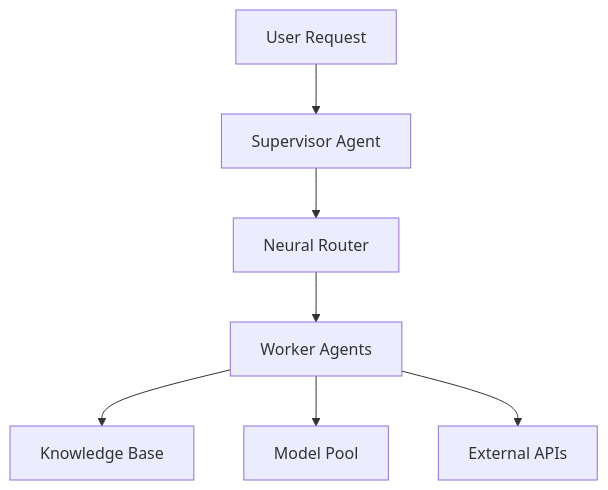
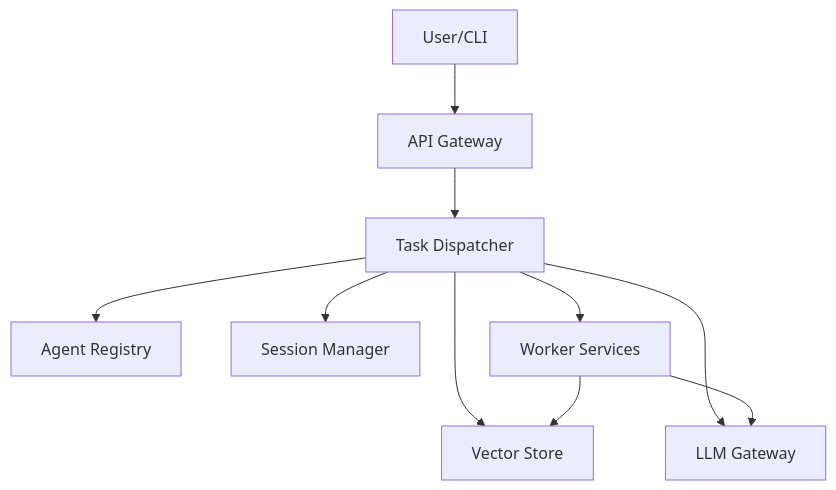
The diagram in docs/architecture/system_architecture.md (Modularium/Agent-NN), drawn with Mermaid before and after one commit. The commit also changed other lines of this file and 27 other files, not shown here.

Commit message:
Update roadmap and docs for MCP architecture

````diff
--- a/docs/architecture/system_architecture.md
+++ b/docs/architecture/system_architecture.md
@@ -18,9 +5,12 @@
 ```mermaid
 graph TD
-    A[User Request] --> B[Supervisor Agent]
-    B --> C[Neural Router]
-    C --> D[Worker Agents]
-    D --> E[Knowledge Base]
-    D --> F[Model Pool]
-    D --> G[External APIs]
+    A[User/CLI] --> B[API Gateway]
+    B --> C[Task Dispatcher]
+    C --> D[Agent Registry]
+    C --> E[Session Manager]
+    C --> F[Worker Services]
+    C --> G[Vector Store]
+    C --> H[LLM Gateway]
+    F --> G
+    F --> H
 ```
````
